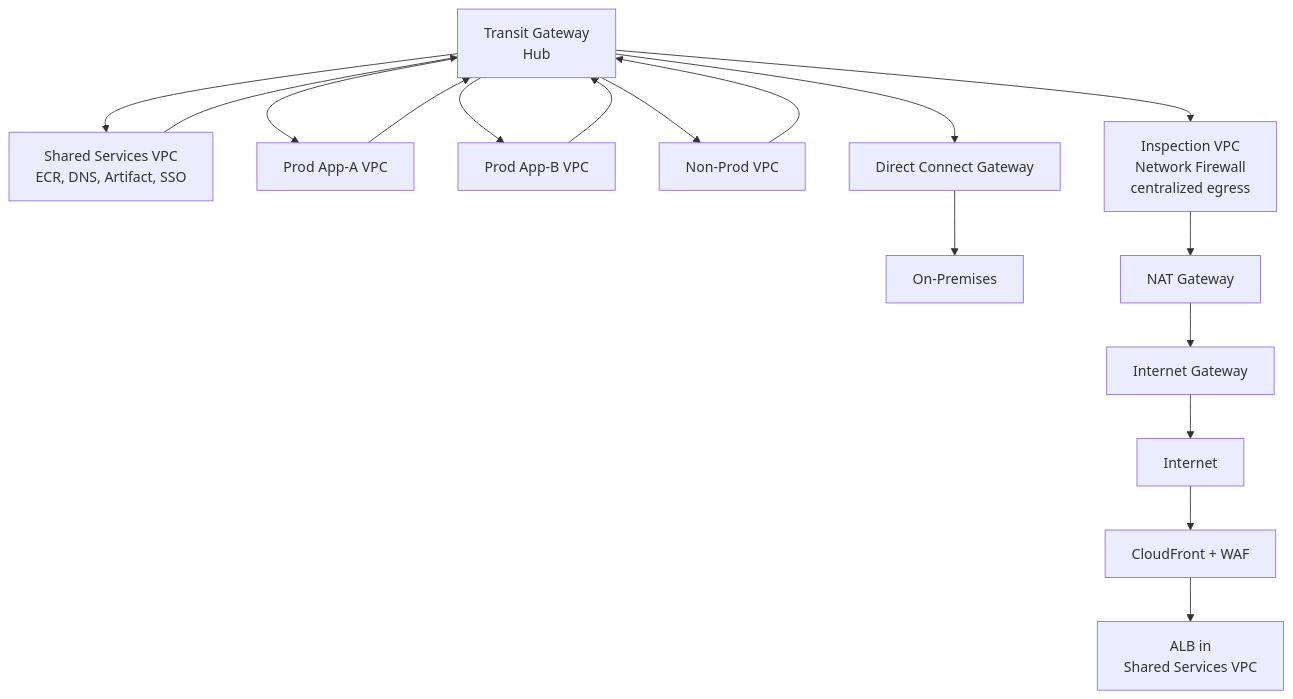
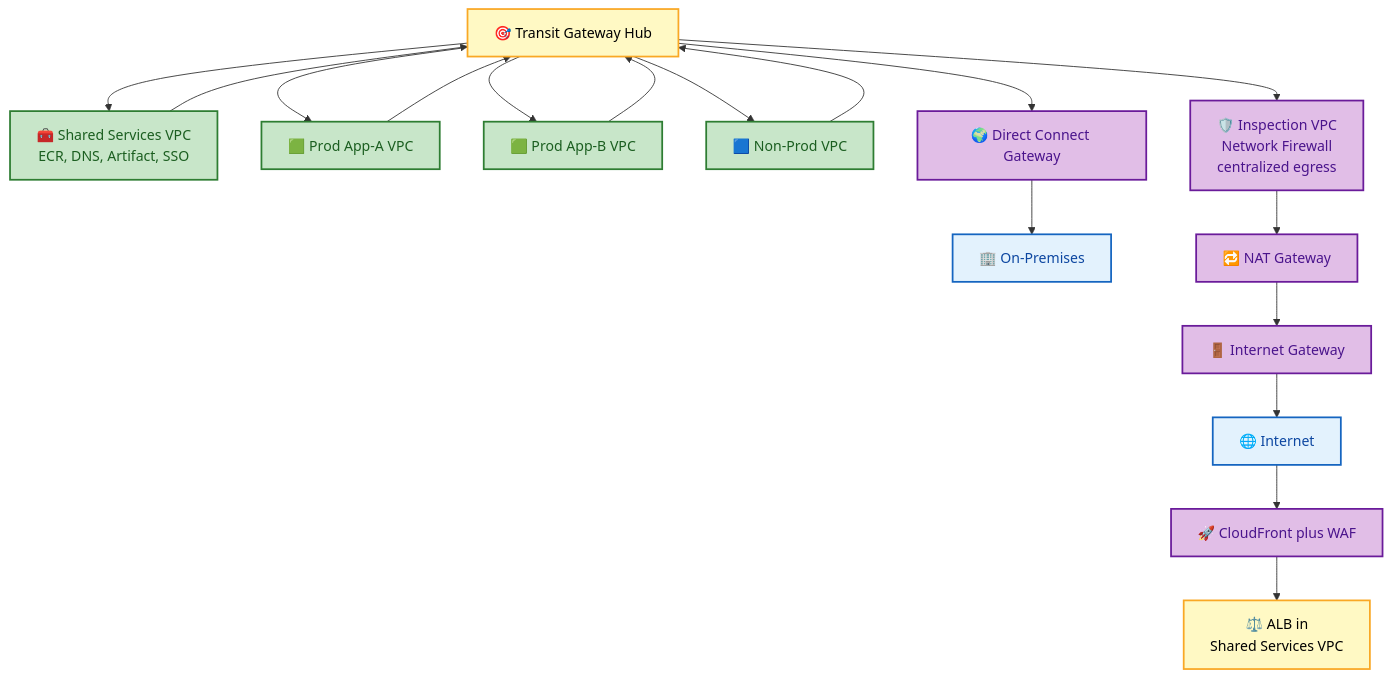
Diagram 13 of 13 in aws/03-NETWORKING.md (rakesh-budde/devops-guide), drawn with Mermaid before and after one commit. The commit also changed other lines of this file and 73 other files, not shown here.

````diff
--- a/aws/03-NETWORKING.md
+++ b/aws/03-NETWORKING.md
@@ -1131,22 +1356,32 @@
 ```mermaid
 graph TD
-    Internet --> CFront[CloudFront + WAF]
-    CFront --> ALB_Shared[ALB in<br/>Shared Services VPC]
-    
-    TGW[Transit Gateway<br/>Hub] --> Shared[Shared Services VPC<br/>ECR, DNS, Artifact, SSO]
-    TGW --> Prod1[Prod App-A VPC]
-    TGW --> Prod2[Prod App-B VPC]
-    TGW --> NonProd[Non-Prod VPC]
-    TGW --> Inspection[Inspection VPC<br/>Network Firewall<br/>centralized egress]
-    TGW --> DX[Direct Connect Gateway]
-    DX --> OnPrem[On-Premises]
-    
-    Inspection --> NATGW[NAT Gateway]
-    NATGW --> IGW[Internet Gateway]
+    Internet["🌐 Internet"] --> CFront["🚀 CloudFront plus WAF"]
+    CFront --> ALB_Shared["⚖️ ALB in<br/>Shared Services VPC"]
+    TGW["🎯 Transit Gateway Hub"] --> Shared["🧰 Shared Services VPC<br/>ECR, DNS, Artifact, SSO"]
+    TGW --> Prod1["🟩 Prod App-A VPC"]
+    TGW --> Prod2["🟩 Prod App-B VPC"]
+    TGW --> NonProd["🟦 Non-Prod VPC"]
+    TGW --> Inspection["🛡️ Inspection VPC<br/>Network Firewall<br/>centralized egress"]
+    TGW --> DX["🌍 Direct Connect Gateway"]
+    DX --> OnPrem["🏢 On-Premises"]
+    Inspection --> NATGW["🔁 NAT Gateway"]
+    NATGW --> IGW["🚪 Internet Gateway"]
     IGW --> Internet
-    
     Shared --> TGW
     Prod1 --> TGW
     Prod2 --> TGW
     NonProd --> TGW
+    class Internet start
+    class CFront ctrl
+    class ALB_Shared proc
+    class TGW proc
+    class Shared,Prod1,Prod2,NonProd good
+    class Inspection,DX,NATGW,IGW ctrl
+    class OnPrem start
+    classDef start fill:#e3f2fd,stroke:#1565c0,color:#0d47a1,stroke-width:2px;
+    classDef proc fill:#fff9c4,stroke:#f9a825,color:#000,stroke-width:2px;
+    classDef good fill:#c8e6c9,stroke:#2e7d32,color:#1b5e20,stroke-width:2px;
+    classDef bad fill:#ffcdd2,stroke:#c62828,color:#b71c1c,stroke-width:2px;
+    classDef ctrl fill:#e1bee7,stroke:#6a1b9a,color:#4a148c,stroke-width:2px;
+    classDef store fill:#ffe0b2,stroke:#e65100,color:#000,stroke-width:2px;
 ```
````
